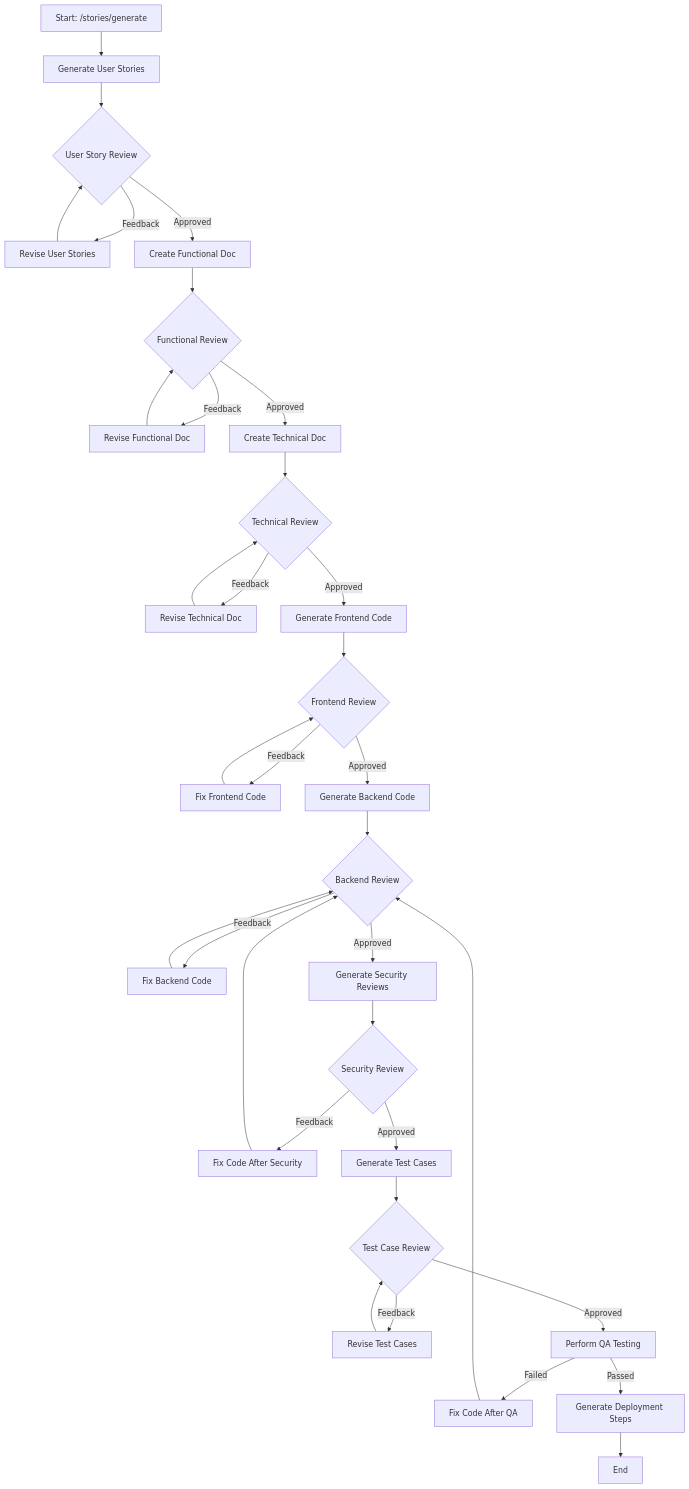
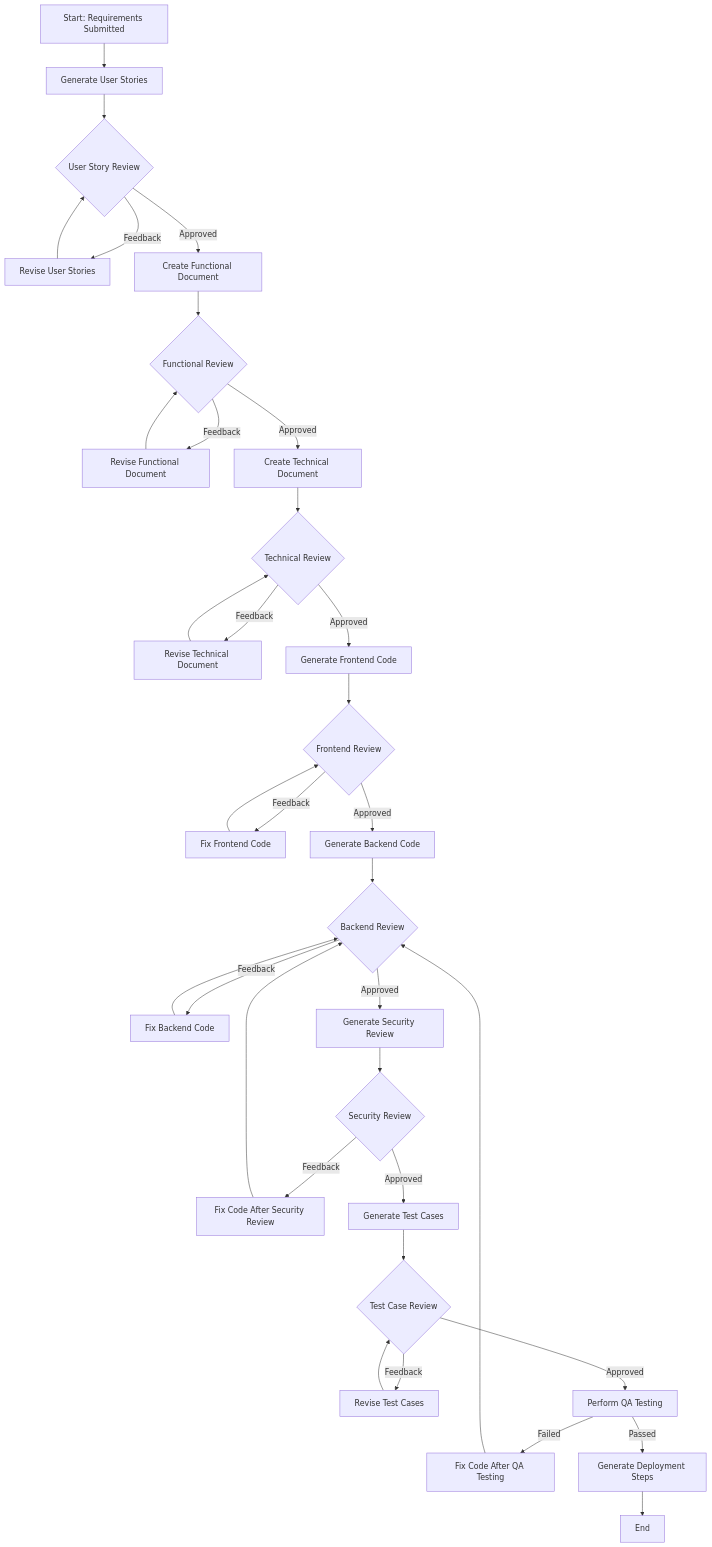
Before and after one commit to DevDesai444/PairProgramer: the second of 3 diagrams in README.md, drawn with Mermaid. The commit also changed other lines of this file, not shown here.

````diff
--- a/README.md
+++ b/README.md
@@ -73,43 +107,43 @@
 ```mermaid
 flowchart TD
-    A[Start: /stories/generate] --> B[Generate User Stories]
-    B --> C{User Story Review}
-    C -- Feedback --> B2[Revise User Stories]
+    A["Start: Requirements Submitted"] --> B["Generate User Stories"]
+    B --> C{"User Story Review"}
+    C -- "Feedback" --> B2["Revise User Stories"]
     B2 --> C
-    C -- Approved --> D[Create Functional Doc]
+    C -- "Approved" --> D["Create Functional Document"]
 
-    D --> E{Functional Review}
-    E -- Feedback --> D2[Revise Functional Doc]
+    D --> E{"Functional Review"}
+    E -- "Feedback" --> D2["Revise Functional Document"]
     D2 --> E
-    E -- Approved --> F[Create Technical Doc]
+    E -- "Approved" --> F["Create Technical Document"]
 
-    F --> G{Technical Review}
-    G -- Feedback --> F2[Revise Technical Doc]
+    F --> G{"Technical Review"}
+    G -- "Feedback" --> F2["Revise Technical Document"]
     F2 --> G
-    G -- Approved --> H[Generate Frontend Code]
+    G -- "Approved" --> H["Generate Frontend Code"]
 
-    H --> I{Frontend Review}
-    I -- Feedback --> H2[Fix Frontend Code]
+    H --> I{"Frontend Review"}
+    I -- "Feedback" --> H2["Fix Frontend Code"]
     H2 --> I
-    I -- Approved --> J[Generate Backend Code]
+    I -- "Approved" --> J["Generate Backend Code"]
 
-    J --> K{Backend Review}
-    K -- Feedback --> J2[Fix Backend Code]
+    J --> K{"Backend Review"}
+    K -- "Feedback" --> J2["Fix Backend Code"]
     J2 --> K
-    K -- Approved --> L[Generate Security Reviews]
+    K -- "Approved" --> L["Generate Security Review"]
 
-    L --> M{Security Review}
-    M -- Feedback --> M2[Fix Code After Security]
+    L --> M{"Security Review"}
+    M -- "Feedback" --> M2["Fix Code After Security Review"]
     M2 --> K
-    M -- Approved --> N[Generate Test Cases]
+    M -- "Approved" --> N["Generate Test Cases"]
 
-    N --> O{Test Case Review}
-    O -- Feedback --> N2[Revise Test Cases]
+    N --> O{"Test Case Review"}
+    O -- "Feedback" --> N2["Revise Test Cases"]
     N2 --> O
-    O -- Approved --> P[Perform QA Testing]
+    O -- "Approved" --> P["Perform QA Testing"]
 
-    P -- Failed --> P2[Fix Code After QA]
+    P -- "Failed" --> P2["Fix Code After QA Testing"]
     P2 --> K
-    P -- Passed --> Q[Generate Deployment Steps]
-    Q --> R[End]
+    P -- "Passed" --> Q["Generate Deployment Steps"]
+    Q --> R["End"]
 ```
````
